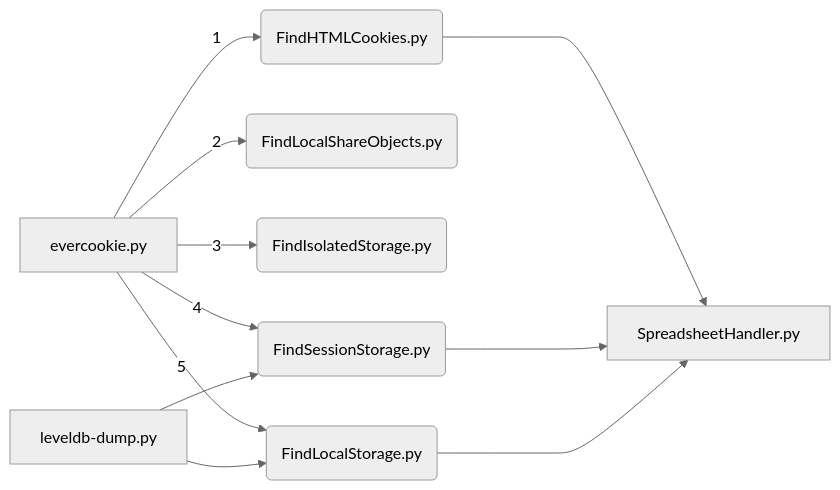
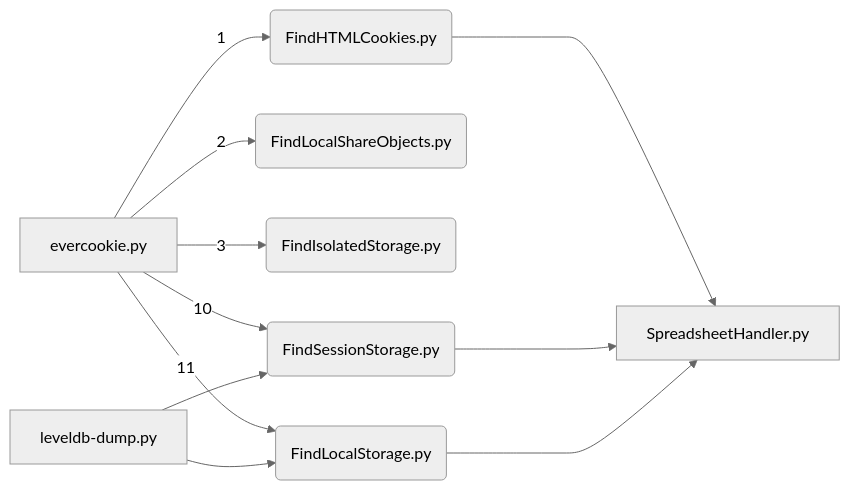
Before and after one commit to southwickIO/equable-destruction: the diagram in README.md, drawn with Mermaid (neutral theme). The commit also changed other lines of this file and 1 other file, not shown here.

Commit message:
readme change

````diff
--- a/README.md
+++ b/README.md
@@ -16,17 +16,17 @@
 ```mermaid
 graph LR
 A[evercookie.py] -- 1 --> B(FindHTMLCookies.py)
 A[evercookie.py] -- 2 --> C(FindLocalShareObjects.py)
 A[evercookie.py] -- 3 --> D(FindIsolatedStorage.py)
-A[evercookie.py] -- 4 --> E(FindSessionStorage.py)
-A[evercookie.py] -- 5 --> F(FindLocalStorage.py)
+A[evercookie.py] -- 10 --> E(FindSessionStorage.py)
+A[evercookie.py] -- 11 --> F(FindLocalStorage.py)
 
 G[leveldb-dump.py] --> E(FindSessionStorage.py)
 G[leveldb-dump.py] --> F(FindLocalStorage.py)
 
 B(FindHTMLCookies.py) ----> H[SpreadsheetHandler.py]
 E(FindSessionStorage.py) ----> H[SpreadsheetHandler.py]
 F(FindLocalStorage.py) ----> H[SpreadsheetHandler.py]
 
 
 ```
````
